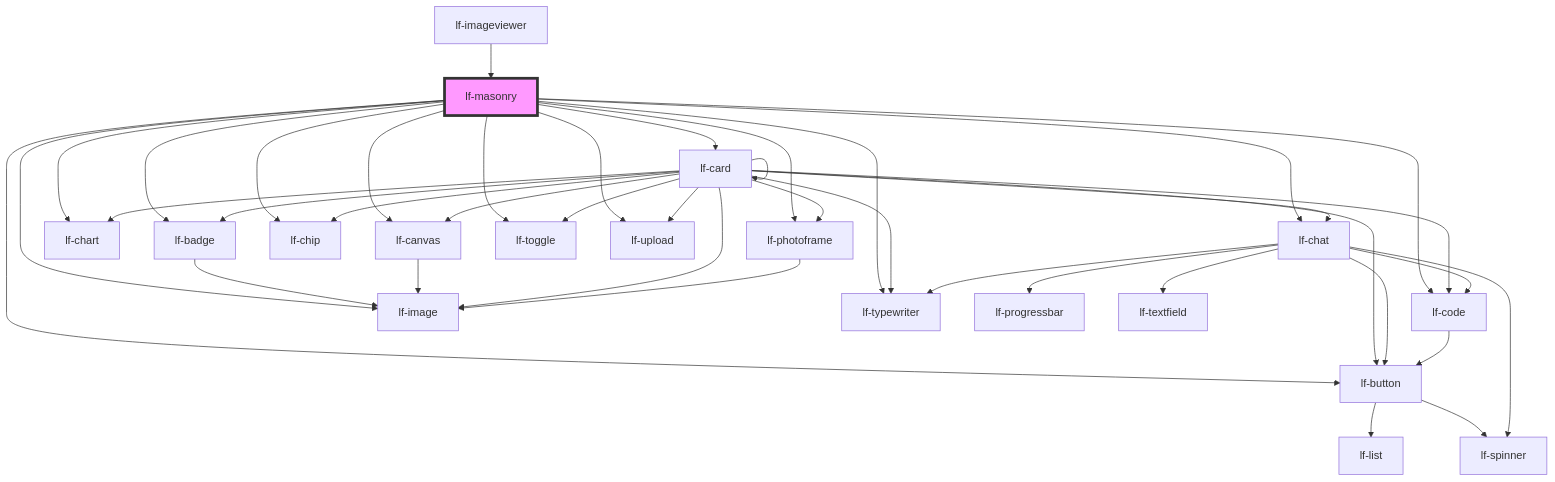
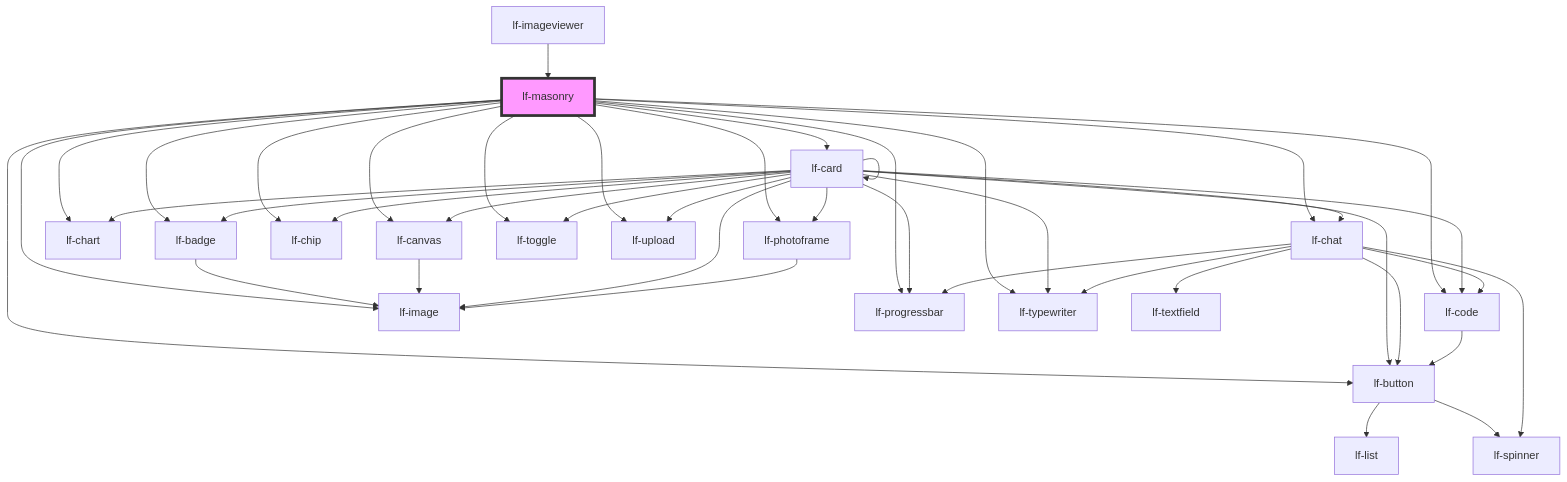
The diagram in packages/core/src/components/lf-masonry/readme.md (lucafoscili/lf-widgets), drawn with Mermaid before and after one commit. The commit also changed other lines of this file and 9 other files, not shown here.

````diff
--- a/packages/core/src/components/lf-masonry/readme.md
+++ b/packages/core/src/components/lf-masonry/readme.md
@@ -166,43 +167,45 @@
 ```mermaid
 graph TD;
   lf-masonry --> lf-badge
   lf-masonry --> lf-button
   lf-masonry --> lf-canvas
   lf-masonry --> lf-card
   lf-masonry --> lf-chart
   lf-masonry --> lf-chat
   lf-masonry --> lf-chip
   lf-masonry --> lf-code
   lf-masonry --> lf-image
   lf-masonry --> lf-photoframe
+  lf-masonry --> lf-progressbar
   lf-masonry --> lf-toggle
   lf-masonry --> lf-typewriter
   lf-masonry --> lf-upload
   lf-badge --> lf-image
   lf-button --> lf-list
   lf-button --> lf-spinner
   lf-canvas --> lf-image
   lf-card --> lf-badge
   lf-card --> lf-button
   lf-card --> lf-canvas
   lf-card --> lf-card
   lf-card --> lf-chart
   lf-card --> lf-chat
   lf-card --> lf-chip
   lf-card --> lf-code
   lf-card --> lf-image
   lf-card --> lf-photoframe
+  lf-card --> lf-progressbar
   lf-card --> lf-toggle
   lf-card --> lf-typewriter
   lf-card --> lf-upload
   lf-chat --> lf-spinner
   lf-chat --> lf-button
   lf-chat --> lf-typewriter
   lf-chat --> lf-progressbar
   lf-chat --> lf-textfield
   lf-chat --> lf-code
   lf-code --> lf-button
   lf-photoframe --> lf-image
   lf-imageviewer --> lf-masonry
   style lf-masonry fill:#f9f,stroke:#333,stroke-width:4px
 ```
````
